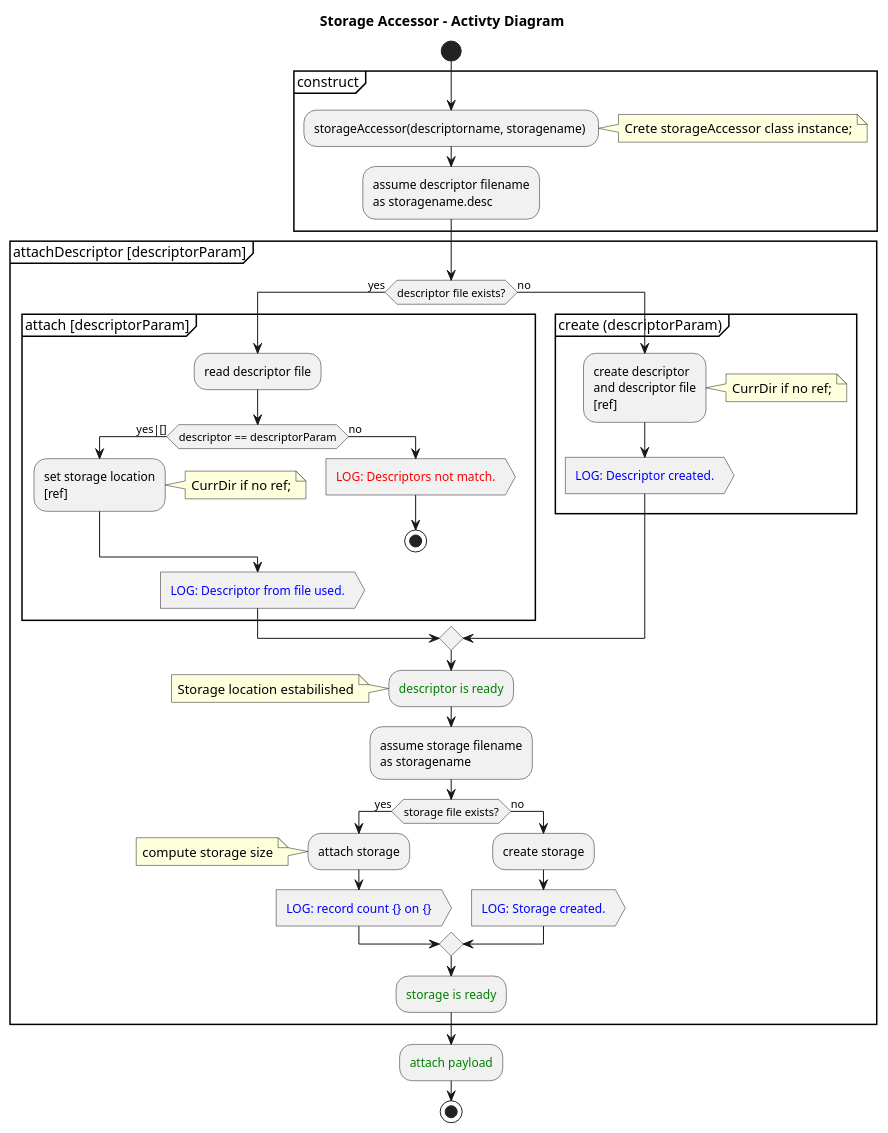
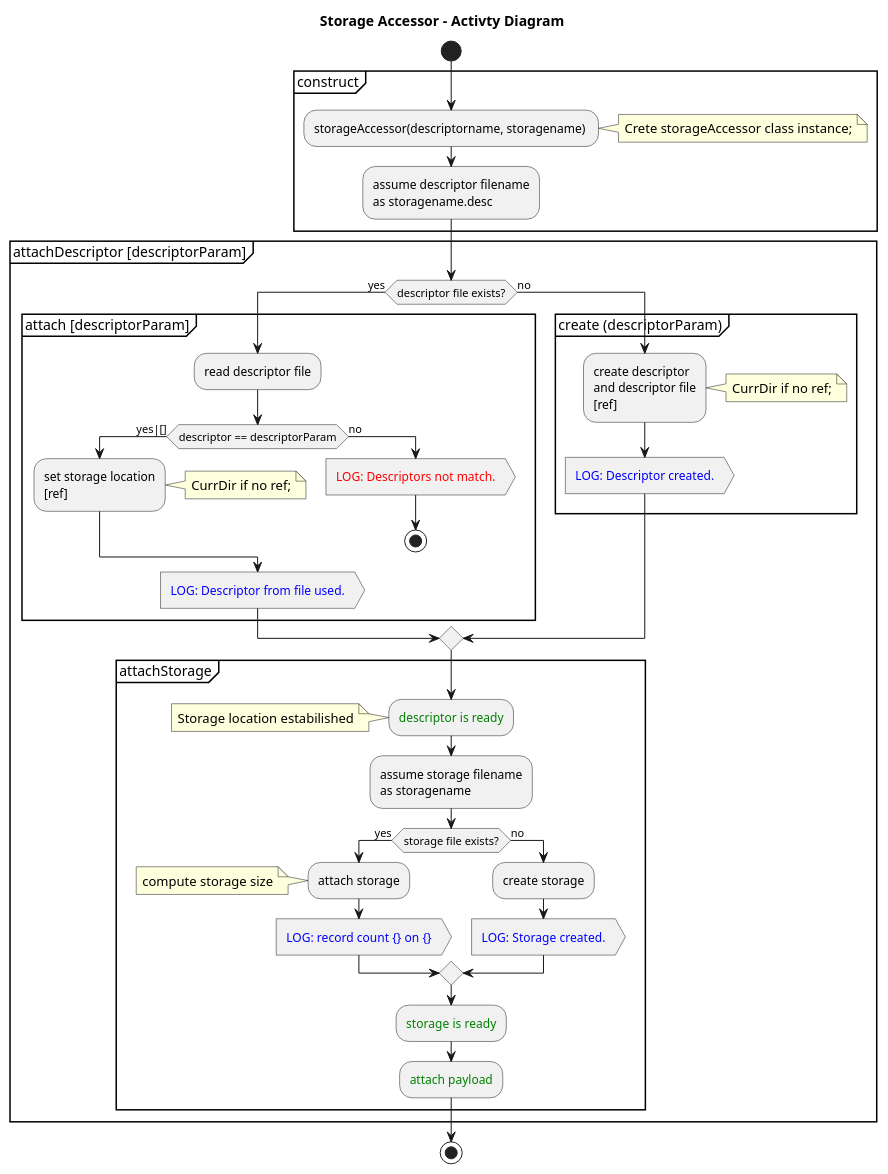
Before and after one commit to michalwidera/retractordb: the diagram in src/rdb/UML/rdb-storageaccessor.puml, drawn with PlantUML.

Commit message:
Diagram update

```diff
--- a/src/rdb/UML/rdb-storageaccessor.puml
+++ b/src/rdb/UML/rdb-storageaccessor.puml
@@ -1,66 +1,66 @@
 @startuml
 
 /' To preview in VSCode: Alt-D '/
 
 title Storage Accessor - Activty Diagram
 
 start
 
 partition "construct" {
 :storageAccessor(descriptorname, storagename) ;
 note right: Crete storageAccessor class instance;
 
 :assume descriptor filename
 as storagename.desc;
 }
 
 partition "attachDescriptor [descriptorParam]" {
 if (descriptor file exists?) then (yes)
 	partition "attach [descriptorParam]" {
   :read descriptor file;
   if (descriptor == descriptorParam) then (yes|[])
     :set storage location
     [ref];
     note right: CurrDir if no ref;
   else (no)
     :<color:red>LOG: Descriptors not match.>
     stop
   endif
   :<color blue>LOG: Descriptor from file used.>
   }
 else (no)
 	partition "create (descriptorParam)" {
 	  :create descriptor
 	  and descriptor file
 	  [ref];
 	  note right: CurrDir if no ref;
 	  :<color blue>LOG: Descriptor created.>
 	}
 endif
 
-:<color:green>descriptor is ready;
+partition "attachStorage" {
+  :<color:green>descriptor is ready;
 
-note left: Storage location estabilished
+  note left: Storage location estabilished
 
-:assume storage filename
-as storagename;
+  :assume storage filename
+  as storagename;
 
-if (storage file exists?) then (yes)
-  :attach storage;
-  note left: compute storage size
-  :<color blue>LOG: record count {} on {}>
-else (no)
-  :create storage;
-  :<color blue>LOG: Storage created.>
-endif
+  if (storage file exists?) then (yes)
+    :attach storage;
+    note left: compute storage size
+    :<color blue>LOG: record count {} on {}>
+  else (no)
+    :create storage;
+    :<color blue>LOG: Storage created.>
+  endif
 
-:<color:green>storage is ready;
+  :<color:green>storage is ready;
+  :<color:green>attach payload;
+}
 
 }
-
-
-:<color:green>attach payload;
 
 stop
 
 @enduml
```
